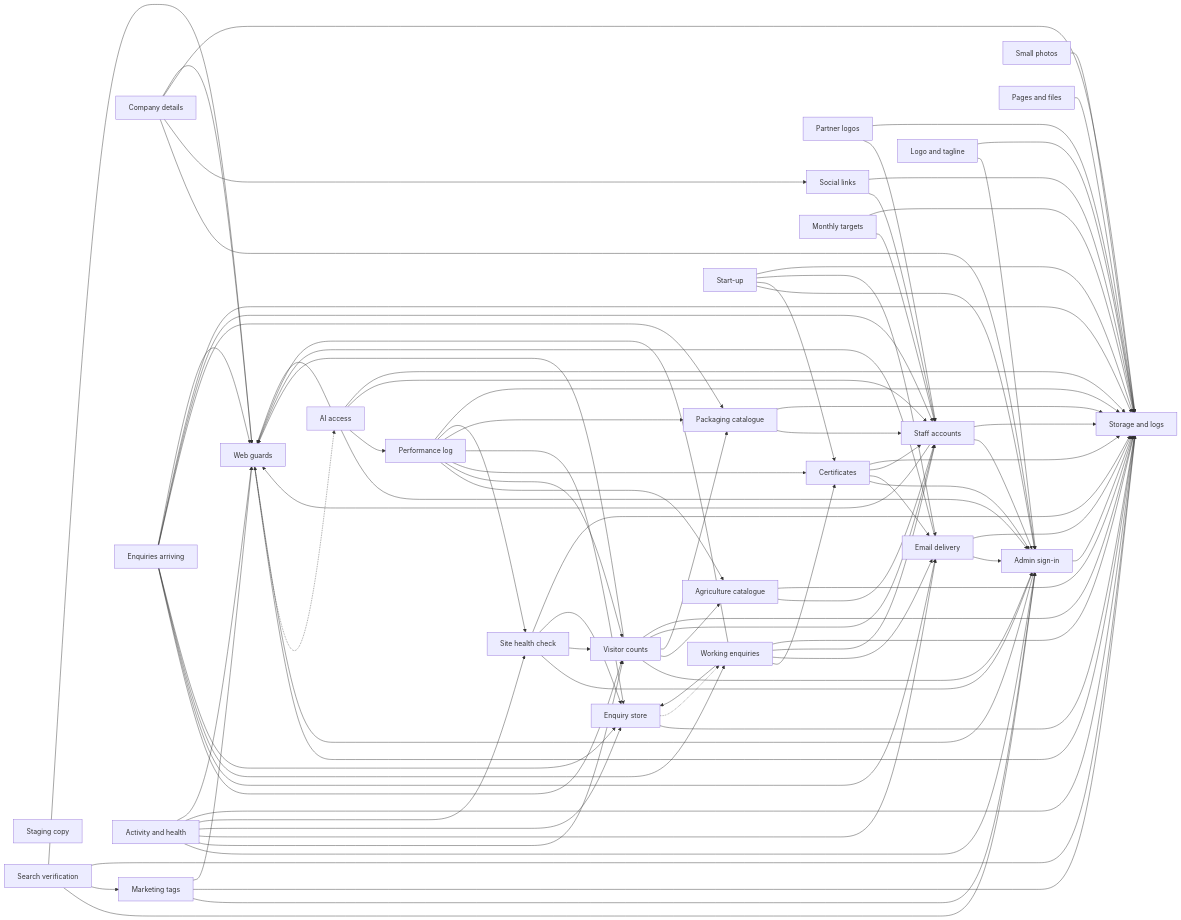
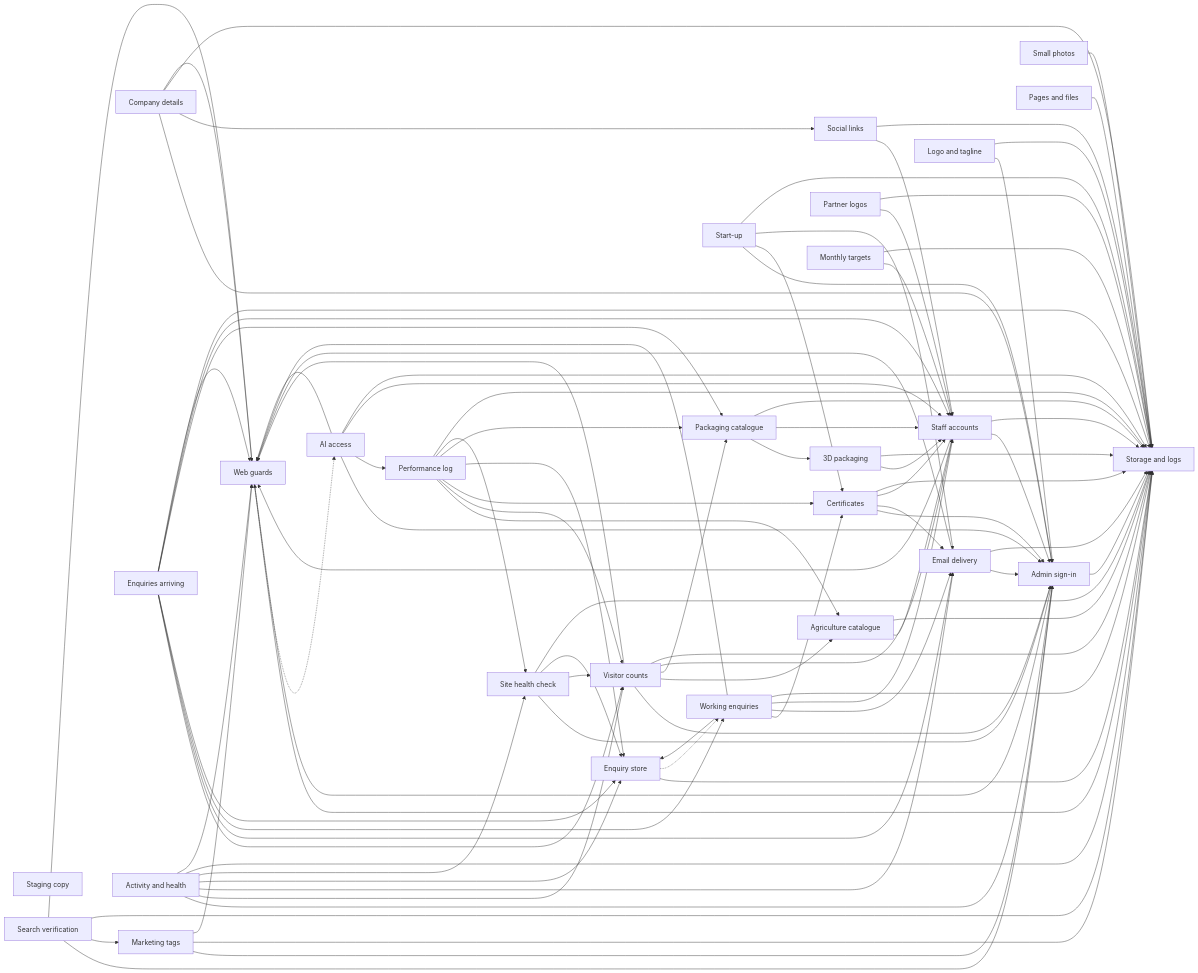
One commit to archimatrix47-design/Olira changed the diagram in boxes/MAP.md. Above: the diagram before and after it, drawn with Mermaid. The commit also changed other lines of this file and 43 other files, not shown here.

```diff
--- a/boxes/MAP.md
+++ b/boxes/MAP.md
@@ -19,6 +19,7 @@
   certificates["Certificates"]
   branding["Logo and tagline"]
   agri_catalogue["Agriculture catalogue"]
+  packaging_3d["3D packaging"]
   packaging_catalogue["Packaging catalogue"]
   thumbs["Small photos"]
   partners["Partner logos"]
@@ -89,6 +90,9 @@
   marketing_tags --> admin_sign_in
   marketing_tags --> storage
   marketing_tags --> web_guards
+  packaging_3d --> staff_accounts
+  packaging_3d --> storage
+  packaging_catalogue --> packaging_3d
   packaging_catalogue --> staff_accounts
   packaging_catalogue --> storage
   partners --> staff_accounts
```
